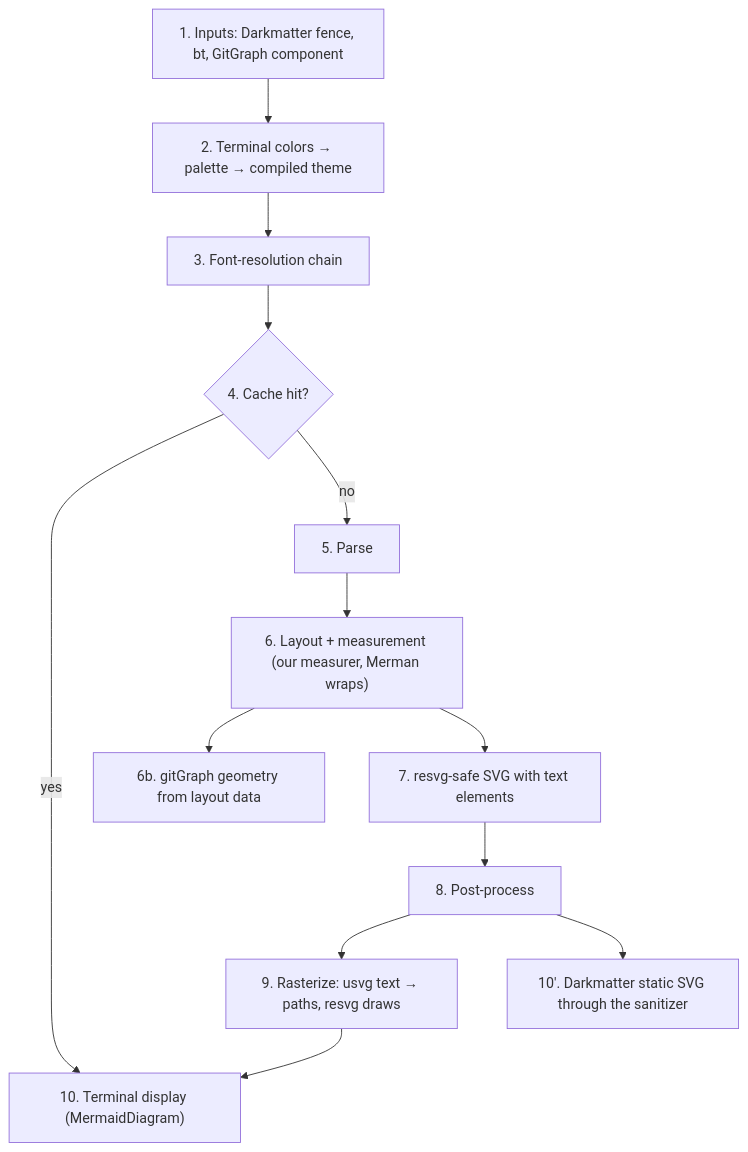
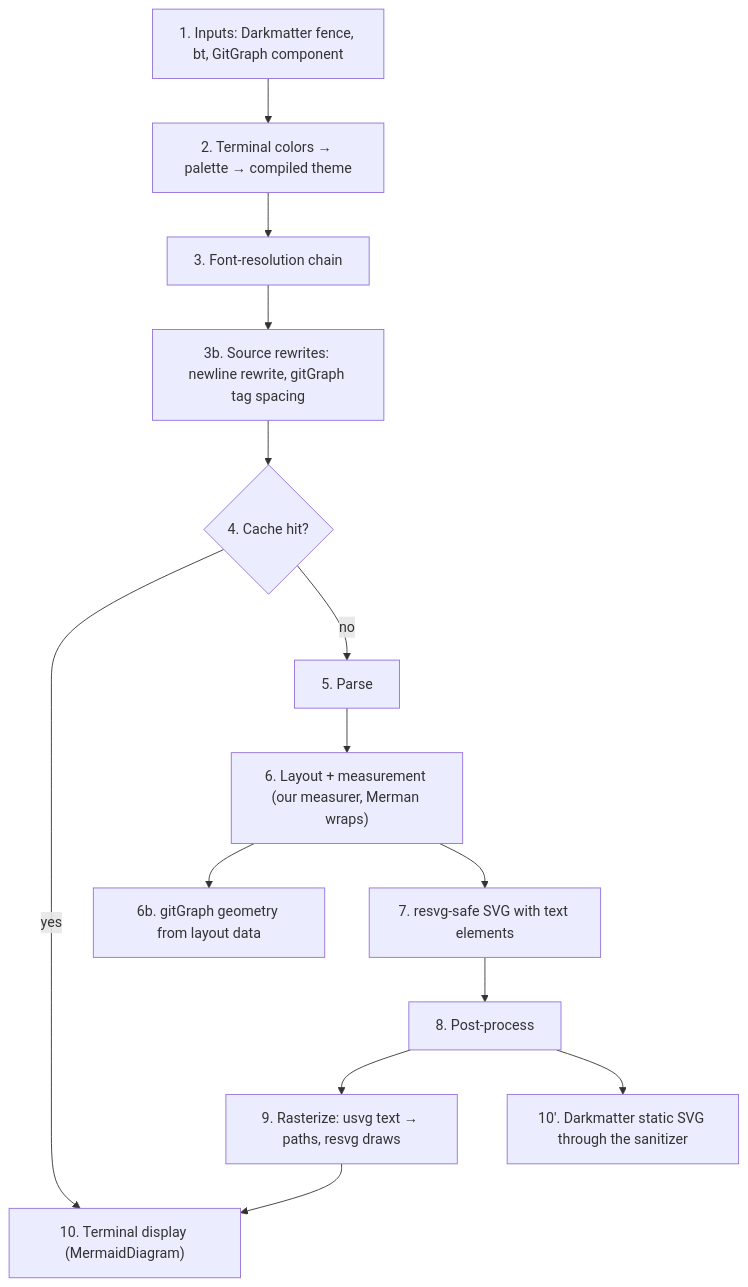
Before and after one commit to yankeeinlondon/rusty-biscuit: the first of 2 diagrams in biscuit-visualized/features/2026-10-21-merman/spec.md, drawn with Mermaid. The commit also changed other lines of this file, not shown here.

````diff
--- a/biscuit-visualized/features/2026-10-21-merman/spec.md
+++ b/biscuit-visualized/features/2026-10-21-merman/spec.md
@@ -876,15 +1338,16 @@
 ```mermaid
 flowchart TD
     IN["1. Inputs: Darkmatter fence, bt, GitGraph component"] --> TC
     TC["2. Terminal colors → palette → compiled theme"] --> FR
-    FR["3. Font-resolution chain"] --> CK{"4. Cache hit?"}
+    FR["3. Font-resolution chain"] --> RW
+    RW["3b. Source rewrites: newline rewrite, gitGraph tag spacing"] --> CK{"4. Cache hit?"}
     CK -->|yes| OUT
     CK -->|no| PA["5. Parse"]
     PA --> LM["6. Layout + measurement (our measurer, Merman wraps)"]
     LM --> GG["6b. gitGraph geometry from layout data"]
     LM --> SV["7. resvg-safe SVG with text elements"]
     SV --> PP["8. Post-process"]
     PP --> RA["9. Rasterize: usvg text → paths, resvg draws"]
     RA --> OUT["10. Terminal display (MermaidDiagram)"]
     PP --> DM["10′. Darkmatter static SVG through the sanitizer"]
 ```
````
